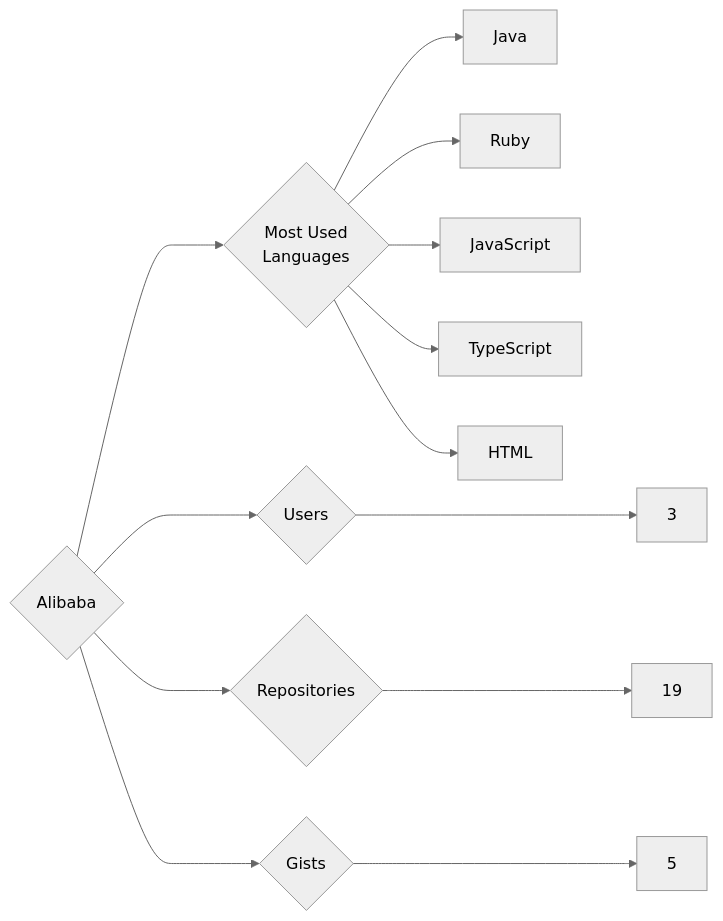
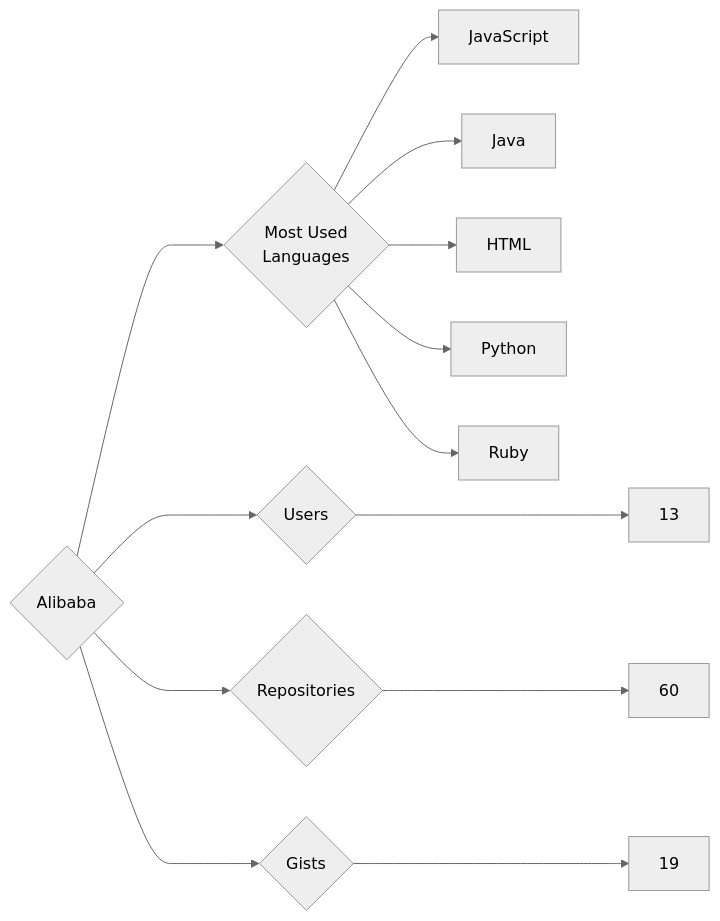
One commit to trickest/insiders changed the diagram in targets/Alibaba/README.md. Above: the diagram before and after it, drawn with Mermaid (neutral theme). The commit also changed 1120 other files, not shown here.

````diff
--- a/targets/Alibaba/README.md
+++ b/targets/Alibaba/README.md
@@ -3,13 +3,13 @@
 ```mermaid
 graph LR
 COMPANY_NAME{Alibaba}
-COMPANY_NAME ---> U{Users} ---> UN[3]
-COMPANY_NAME ---> R{Repositories} ---> RN[19]
-COMPANY_NAME ---> G{Gists} ---> GN[5]
+COMPANY_NAME ---> U{Users} ---> UN[13]
+COMPANY_NAME ---> R{Repositories} ---> RN[60]
+COMPANY_NAME ---> G{Gists} ---> GN[19]
 COMPANY_NAME ---> ML{Most Used<br>Languages}
+ML --> JavaScript[JavaScript]
 ML --> Java[Java]
+ML --> HTML[HTML]
+ML --> Python[Python]
 ML --> Ruby[Ruby]
-ML --> JavaScript[JavaScript]
-ML --> TypeScript[TypeScript]
-ML --> HTML[HTML]
 ```
````
